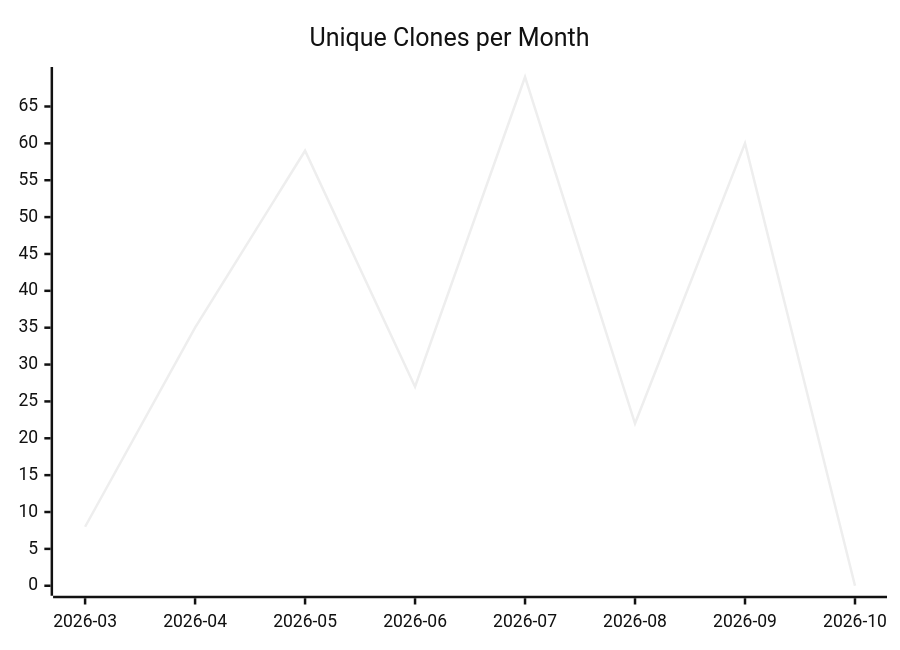
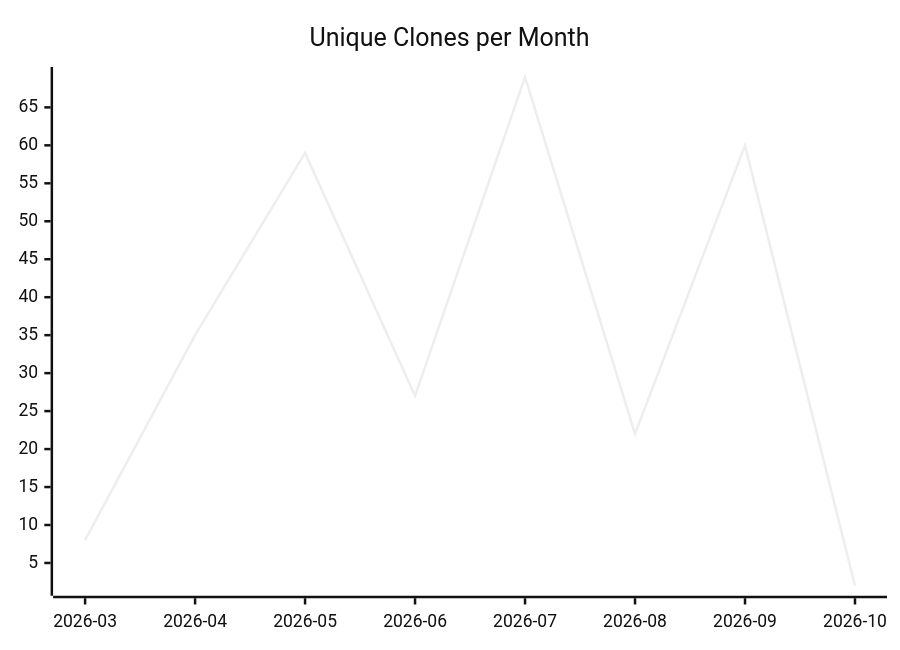
One commit to justdavis-family/github-analytics-data changed the third of 3 diagrams in karlmdavis/fhir-benchmarks/README.md. Above: the diagram before and after it, drawn with Mermaid (neutral theme). The commit also changed other lines of this file and 200 other files, not shown here.

````diff
--- a/karlmdavis/fhir-benchmarks/README.md
+++ b/karlmdavis/fhir-benchmarks/README.md
@@ -19,6 +19,6 @@
 ```mermaid
 xychart-beta
   title "Unique Clones per Month"
   x-axis ["2026-03", "2026-04", "2026-05", "2026-06", "2026-07", "2026-08", "2026-09", "2026-10"]
-  line [8, 35, 59, 27, 69, 22, 60, 0]
+  line [8, 35, 59, 27, 69, 22, 60, 2]
 ```
````
